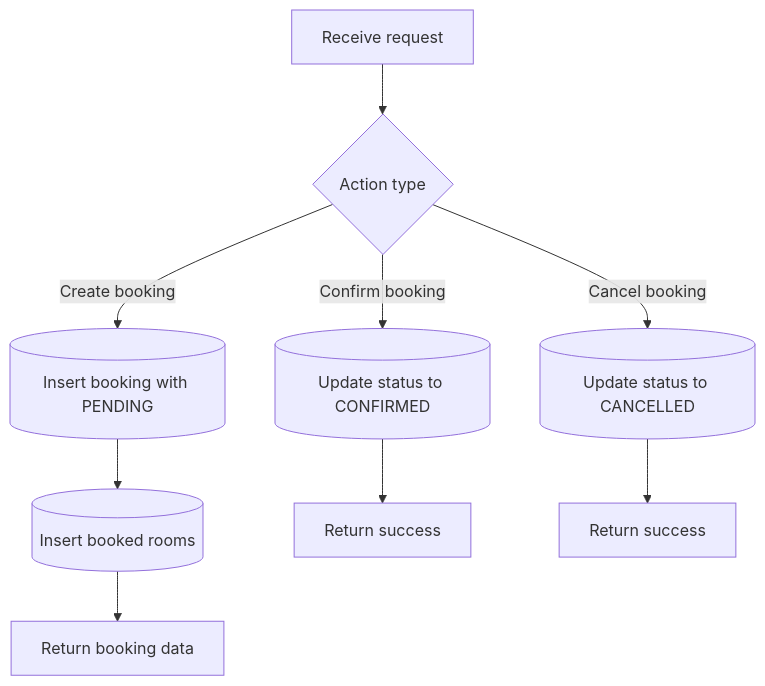
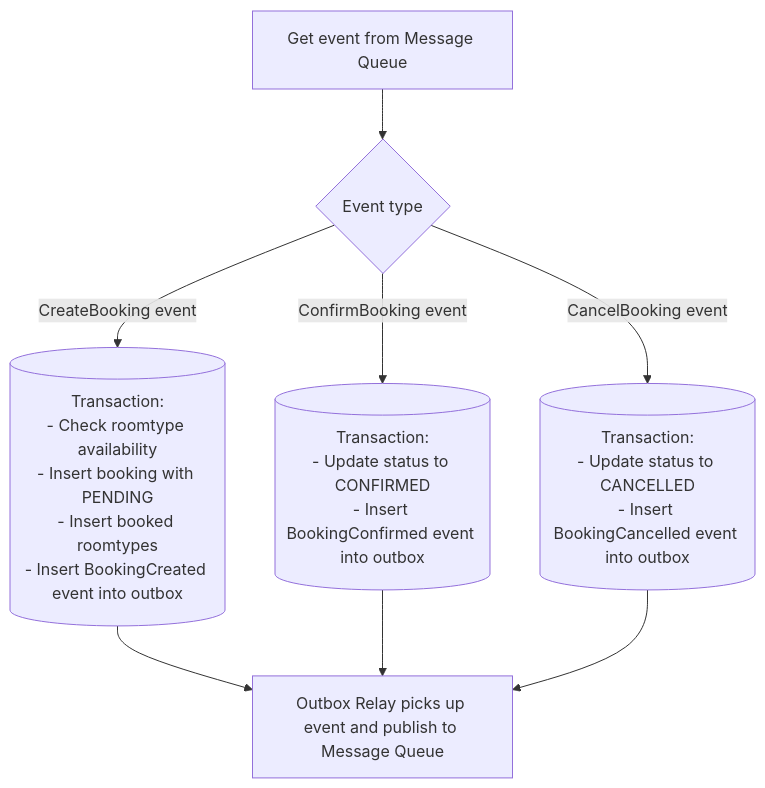
Before and after one commit to dqminh2411/hotel-booking-microservices: the fourth of 5 diagrams in docs/analysis-and-design.md, drawn with Mermaid. The commit also changed 47 other files, not shown here.

````diff
--- a/docs/analysis-and-design.md
+++ b/docs/analysis-and-design.md
@@ -374,14 +374,13 @@
 ```mermaid
 flowchart TD
-  A[Receive request] --> B{Action type}
+  A[Get event from Message Queue] --> B{Event type}
 
-  B -->|Create booking| C[(Insert booking with PENDING)]
-  C --> D[(Insert booked rooms)]
-  D --> E[Return booking data]
+  B -->|CreateBooking event| C[( Transaction:\n- Check roomtype availability\n- Insert booking with PENDING\n- Insert booked roomtypes\n- Insert BookingCreated event into outbox)]
+  C --> D[Outbox Relay picks up event and publish to Message Queue]
 
-  B -->|Confirm booking| F[(Update status to CONFIRMED)]
-  F --> G[Return success]
+  B -->|ConfirmBooking event| F[(Transaction:\n- Update status to CONFIRMED\n- Insert BookingConfirmed event into outbox)]
+  F --> D[Outbox Relay picks up event and publish to Message Queue]
 
-  B -->|Cancel booking| H[(Update status to CANCELLED)]
-  H --> I[Return success]
+  B -->|CancelBooking event | H[(Transaction:\n- Update status to CANCELLED\n- Insert BookingCancelled event into outbox)]
+  H --> D[Outbox Relay picks up event and publish to Message Queue]
 ```
````
